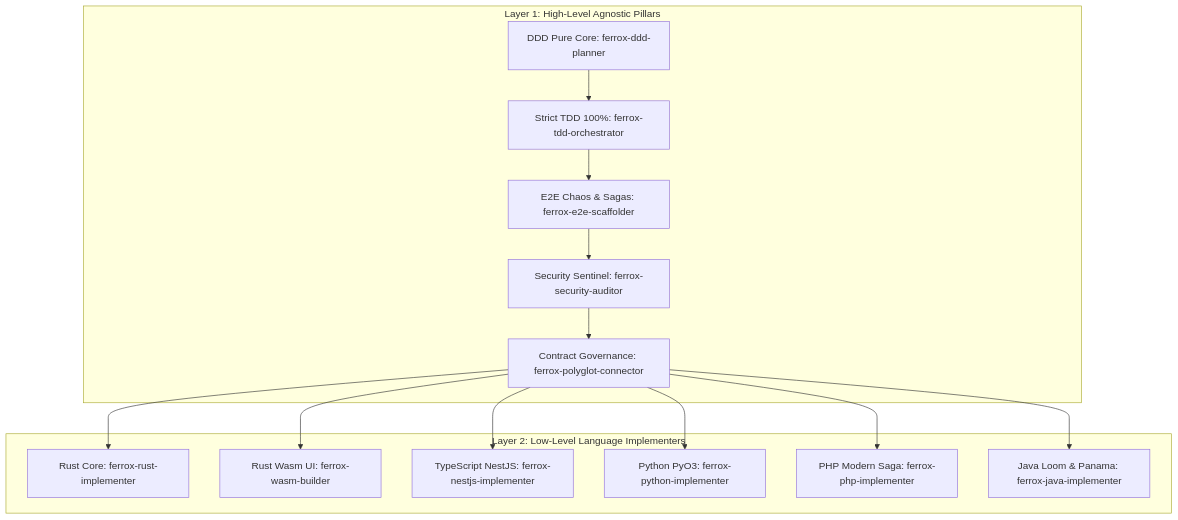
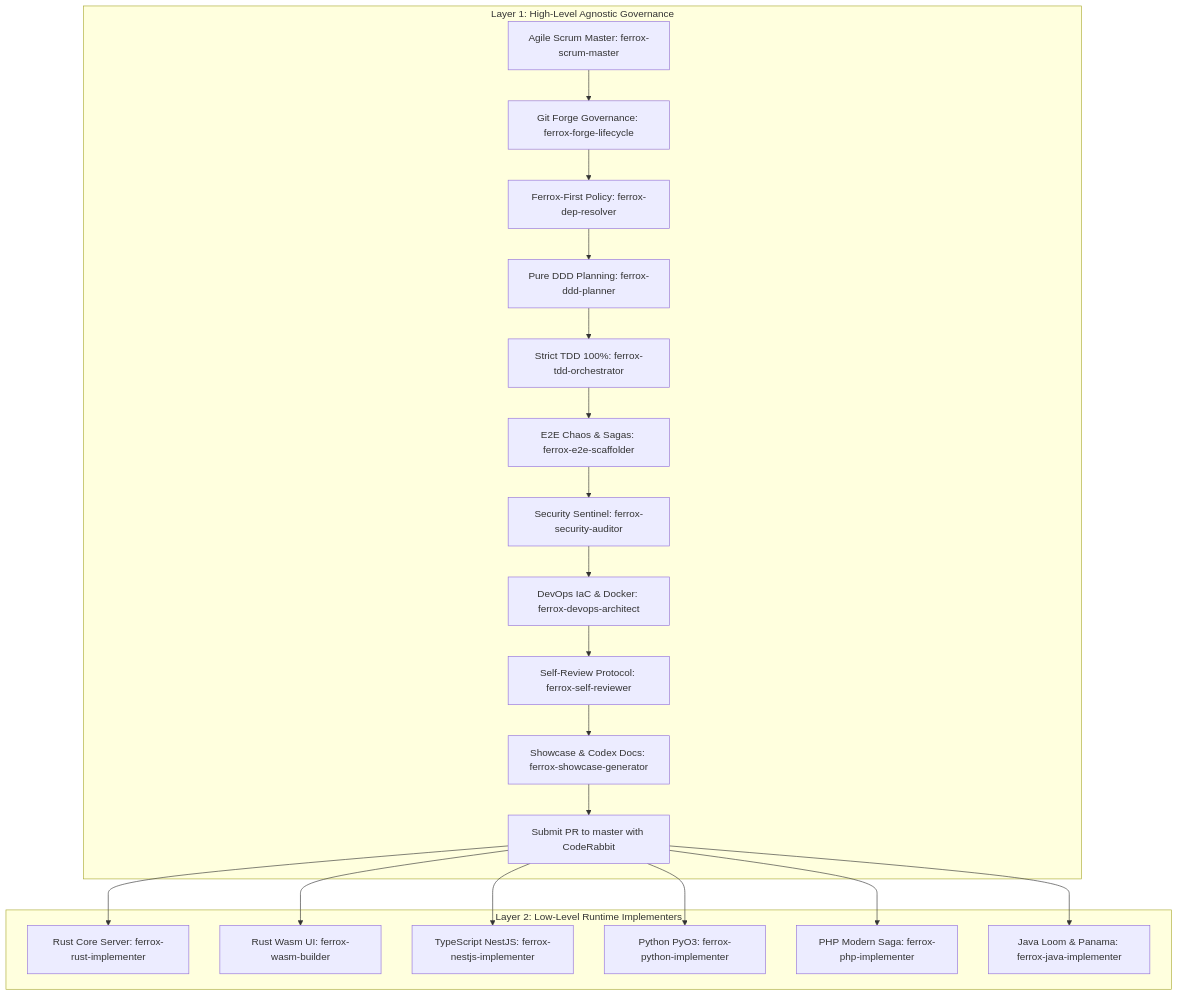
Before and after one commit to AI-Autistic-Intelligence/ferrox-agent-toolkit: the diagram in README.md, drawn with Mermaid. The commit also changed other lines of this file and 31 other files, not shown here.

Commit message:
feat: add Agile Scrum orchestrator, Ferrox-First policy, DevOps IaC, Git forge governance, and Self-Review skills

````diff
--- a/README.md
+++ b/README.md
@@ -20,18 +16,24 @@
 ```mermaid
 graph TD
-    subgraph Layer 1: High-Level Agnostic Pillars
-        DDD[DDD Pure Core: ferrox-ddd-planner] --> TDD[Strict TDD 100%: ferrox-tdd-orchestrator]
+    subgraph Layer 1: High-Level Agnostic Governance
+        Scrum[Agile Scrum Master: ferrox-scrum-master] --> Forge[Git Forge Governance: ferrox-forge-lifecycle]
+        Forge --> Dep[Ferrox-First Policy: ferrox-dep-resolver]
+        Dep --> DDD[Pure DDD Planning: ferrox-ddd-planner]
+        DDD --> TDD[Strict TDD 100%: ferrox-tdd-orchestrator]
         TDD --> Chaos[E2E Chaos & Sagas: ferrox-e2e-scaffolder]
         Chaos --> Sec[Security Sentinel: ferrox-security-auditor]
-        Sec --> Gov[Contract Governance: ferrox-polyglot-connector]
+        Sec --> DevOps[DevOps IaC & Docker: ferrox-devops-architect]
+        DevOps --> Review[Self-Review Protocol: ferrox-self-reviewer]
+        Review --> Showcase[Showcase & Codex Docs: ferrox-showcase-generator]
+        Showcase --> PR[Submit PR to master with CodeRabbit]
     end
 
-    subgraph Layer 2: Low-Level Language Implementers
-        Gov --> R1[Rust Core: ferrox-rust-implementer]
-        Gov --> R2[Rust Wasm UI: ferrox-wasm-builder]
-        Gov --> R3[TypeScript NestJS: ferrox-nestjs-implementer]
-        Gov --> R4[Python PyO3: ferrox-python-implementer]
-        Gov --> R5[PHP Modern Saga: ferrox-php-implementer]
-        Gov --> R6[Java Loom & Panama: ferrox-java-implementer]
+    subgraph Layer 2: Low-Level Runtime Implementers
+        PR --> R1[Rust Core Server: ferrox-rust-implementer]
+        PR --> R2[Rust Wasm UI: ferrox-wasm-builder]
+        PR --> R3[TypeScript NestJS: ferrox-nestjs-implementer]
+        PR --> R4[Python PyO3: ferrox-python-implementer]
+        PR --> R5[PHP Modern Saga: ferrox-php-implementer]
+        PR --> R6[Java Loom & Panama: ferrox-java-implementer]
     end
 ```
````
